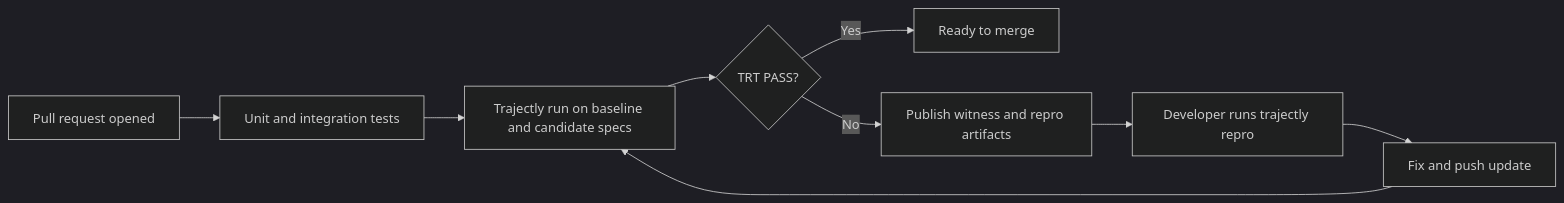
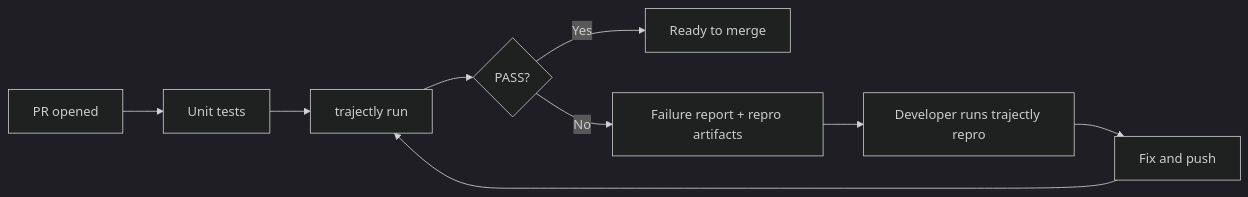
One commit to trajectly/trajectly changed the first of 2 diagrams in docs/trajectly.md. Above: the diagram before and after it, drawn with Mermaid (dark theme). The commit also changed other lines of this file and 7 other files, not shown here.

````diff
--- a/docs/trajectly.md
+++ b/docs/trajectly.md
@@ -48,11 +134,11 @@
 ```mermaid
 flowchart LR
-    prOpened["Pull request opened"] --> unitTests["Unit and integration tests"]
-    unitTests --> trajectlyRun["Trajectly run on baseline and candidate specs"]
-    trajectlyRun --> verdict{"TRT PASS?"}
+    prOpened["PR opened"] --> unitTests["Unit tests"]
+    unitTests --> trajectlyRun["trajectly run"]
+    trajectlyRun --> verdict{"PASS?"}
     verdict -->|Yes| mergeReady["Ready to merge"]
-    verdict -->|No| failArtifacts["Publish witness and repro artifacts"]
-    failArtifacts --> developerDebug["Developer runs trajectly repro"]
-    developerDebug --> fixAndPush["Fix and push update"]
-    fixAndPush --> trajectlyRun
+    verdict -->|No| failArtifacts["Failure report + repro artifacts"]
+    failArtifacts --> devRepro["Developer runs trajectly repro"]
+    devRepro --> fix["Fix and push"]
+    fix --> trajectlyRun
 ```
````
